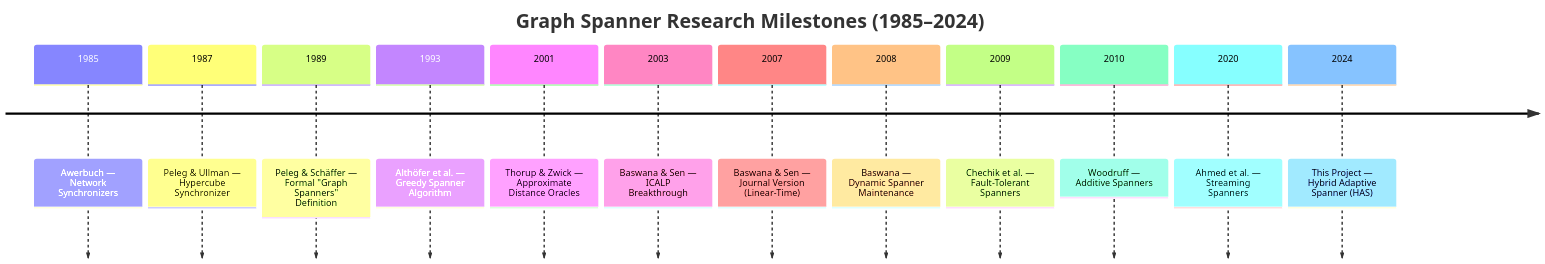
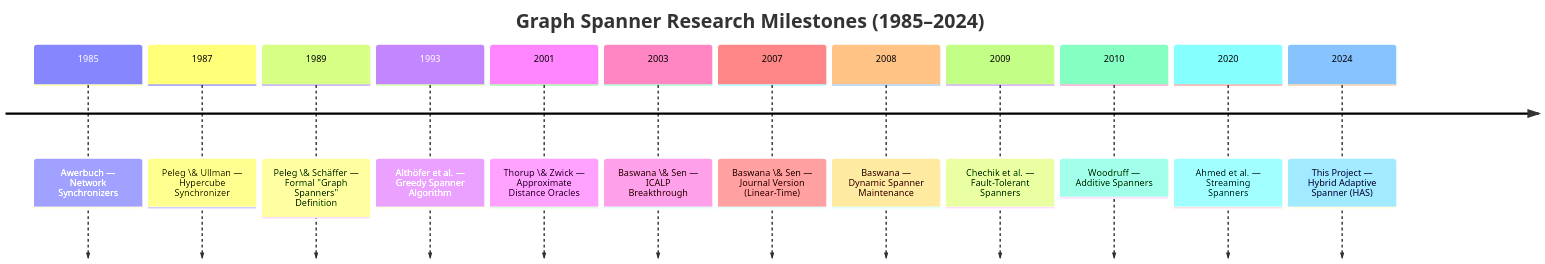
Before and after one commit to Swayamgoyal/T-spanner: the diagram in final/report/report.md, drawn with Mermaid. The commit also changed other lines of this file and 5 other files, not shown here.

````diff
--- a/final/report/report.md
+++ b/final/report/report.md
@@ -210,16 +214,16 @@
 ```mermaid
 timeline
     title Graph Spanner Research Milestones (1985–2024)
     1985 : Awerbuch — Network Synchronizers
-    1987 : Peleg & Ullman — Hypercube Synchronizer
-    1989 : Peleg & Schäffer — Formal "Graph Spanners" Definition
+    1987 : Peleg \& Ullman — Hypercube Synchronizer
+    1989 : Peleg \& Schäffer — Formal "Graph Spanners" Definition
     1993 : Althöfer et al. — Greedy Spanner Algorithm
-    2001 : Thorup & Zwick — Approximate Distance Oracles
-    2003 : Baswana & Sen — ICALP Breakthrough
-    2007 : Baswana & Sen — Journal Version (Linear-Time)
+    2001 : Thorup \& Zwick — Approximate Distance Oracles
+    2003 : Baswana \& Sen — ICALP Breakthrough
+    2007 : Baswana \& Sen — Journal Version (Linear-Time)
     2008 : Baswana — Dynamic Spanner Maintenance
     2009 : Chechik et al. — Fault-Tolerant Spanners
     2010 : Woodruff — Additive Spanners
     2020 : Ahmed et al. — Streaming Spanners
     2024 : This Project — Hybrid Adaptive Spanner (HAS)
 ```
````
